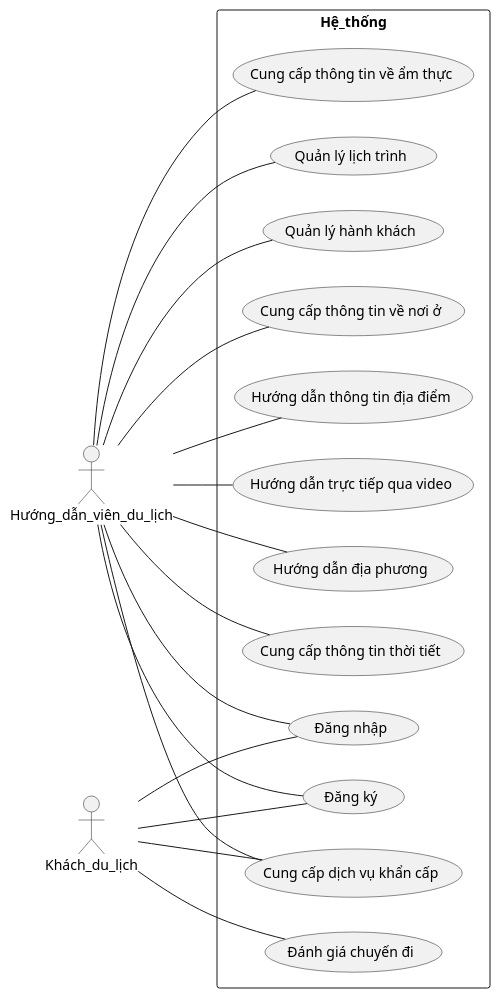
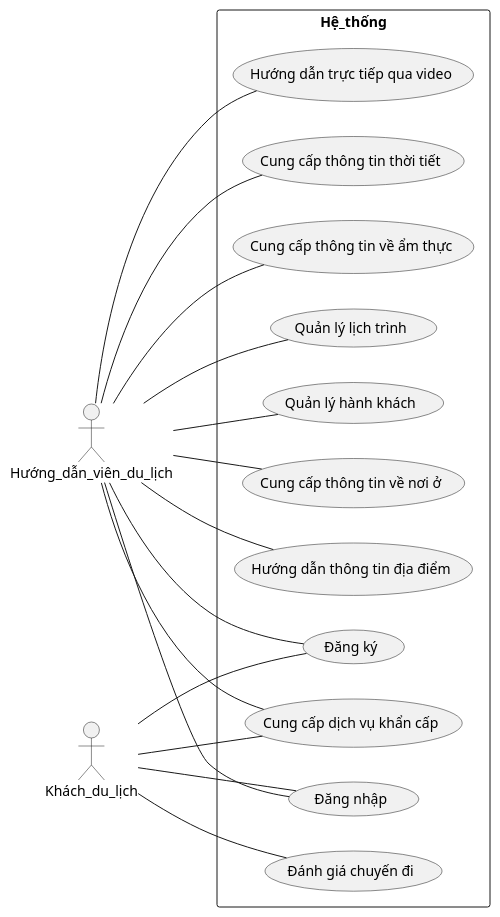
Before and after one commit to Khoitran0205/SE357-Pratice-class: the diagram in lab1.2/usecase_diagram.plantuml, drawn with PlantUML.

```diff
--- a/lab1.2/usecase_diagram.plantuml
+++ b/lab1.2/usecase_diagram.plantuml
@@ -1,39 +1,37 @@
 @startuml
 left to right direction
 actor Hướng_dẫn_viên_du_lịch as HDV
 actor Khách_du_lịch as Khách
 
 rectangle Hệ_thống {
   usecase (Đăng nhập) as UC_Dang_nhap
   usecase (Đăng ký) as UC_Dang_ky
   usecase (Hướng dẫn thông tin địa điểm) as UC_HD_Dia_diem
   usecase (Hướng dẫn trực tiếp qua video) as UC_HD_Video
-  usecase (Hướng dẫn địa phương) as UC_HD_Dia_phuong
   usecase (Cung cấp thông tin thời tiết) as UC_Thoi_tiet
   usecase (Cung cấp thông tin về ẩm thực) as UC_Ẩm_thực
   usecase (Đánh giá chuyến đi) as UC_Danh_gia
   usecase (Quản lý lịch trình) as UC_Lich_trinh
   usecase (Quản lý hành khách) as UC_Hanh_khach
   usecase (Cung cấp dịch vụ khẩn cấp) as UC_Khan_cap
   usecase (Cung cấp thông tin về nơi ở) as UC_Noi_o
 
   HDV -- UC_HD_Dia_diem
   HDV -- UC_HD_Video
   HDV -- UC_Noi_o
-  HDV -- UC_HD_Dia_phuong
   HDV -- UC_Thoi_tiet
   HDV -- UC_Ẩm_thực
   Khách -- UC_Danh_gia
   HDV -- UC_Lich_trinh
   HDV -- UC_Hanh_khach
   HDV -- UC_Khan_cap
   Khách -- UC_Khan_cap
   Khách -- UC_Dang_nhap
   HDV -- UC_Dang_nhap
   Khách -- UC_Dang_ky
   HDV -- UC_Dang_ky
 }
 
 
 
 @enduml
```
